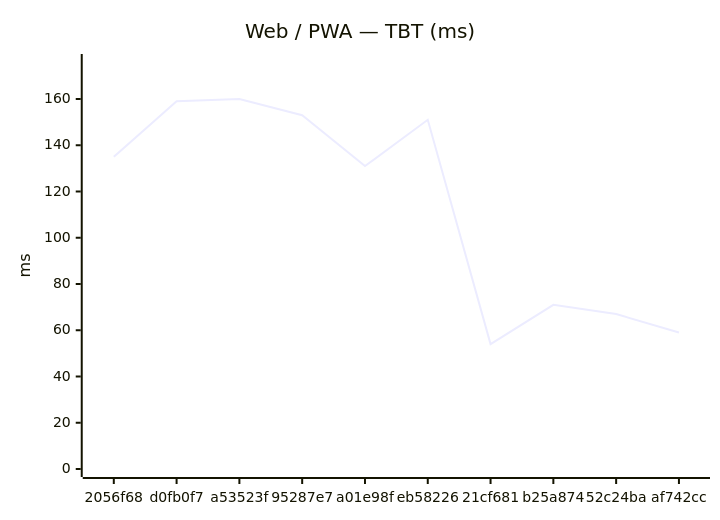
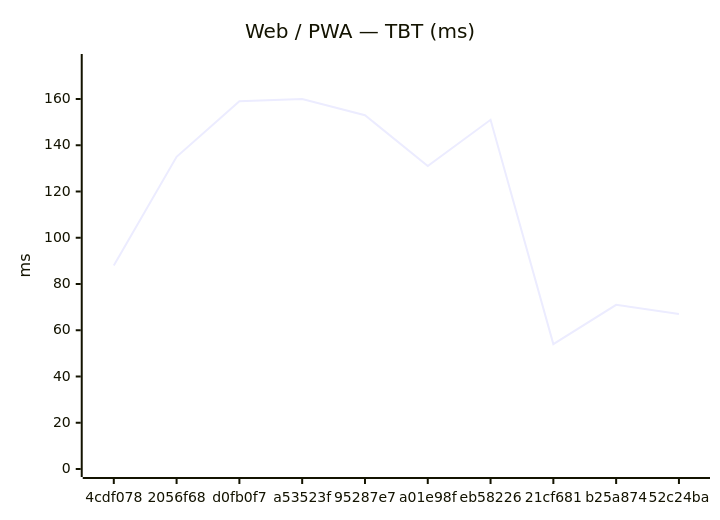
One commit to Metaheurist/Rianell changed the second of 18 diagrams in benchmarks/compare.md. Above: the diagram before and after it, drawn with Mermaid. The commit also changed other lines of this file and 11 other files, not shown here.

````diff
--- a/benchmarks/compare.md
+++ b/benchmarks/compare.md
@@ -31,7 +31,7 @@
 ```mermaid
 xychart-beta
     title "Web / PWA — TBT (ms)"
-    x-axis ["2056f68", "d0fb0f7", "a53523f", "95287e7", "a01e98f", "eb58226", "21cf681", "b25a874", "52c24ba", "af742cc"]
+    x-axis ["4cdf078", "2056f68", "d0fb0f7", "a53523f", "95287e7", "a01e98f", "eb58226", "21cf681", "b25a874", "52c24ba"]
     y-axis "ms" 0 --> 176
-    line [135, 159, 160, 153, 131, 151, 54, 71, 67, 59]
+    line [88, 135, 159, 160, 153, 131, 151, 54, 71, 67]
 ```
````
